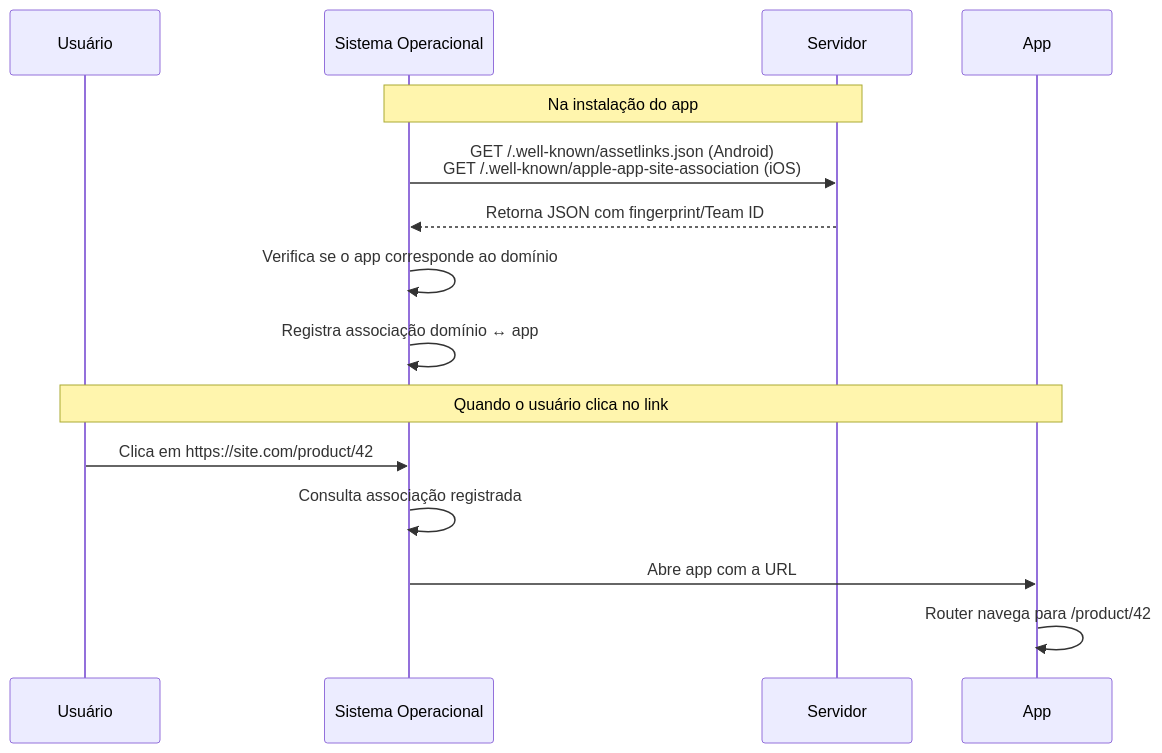
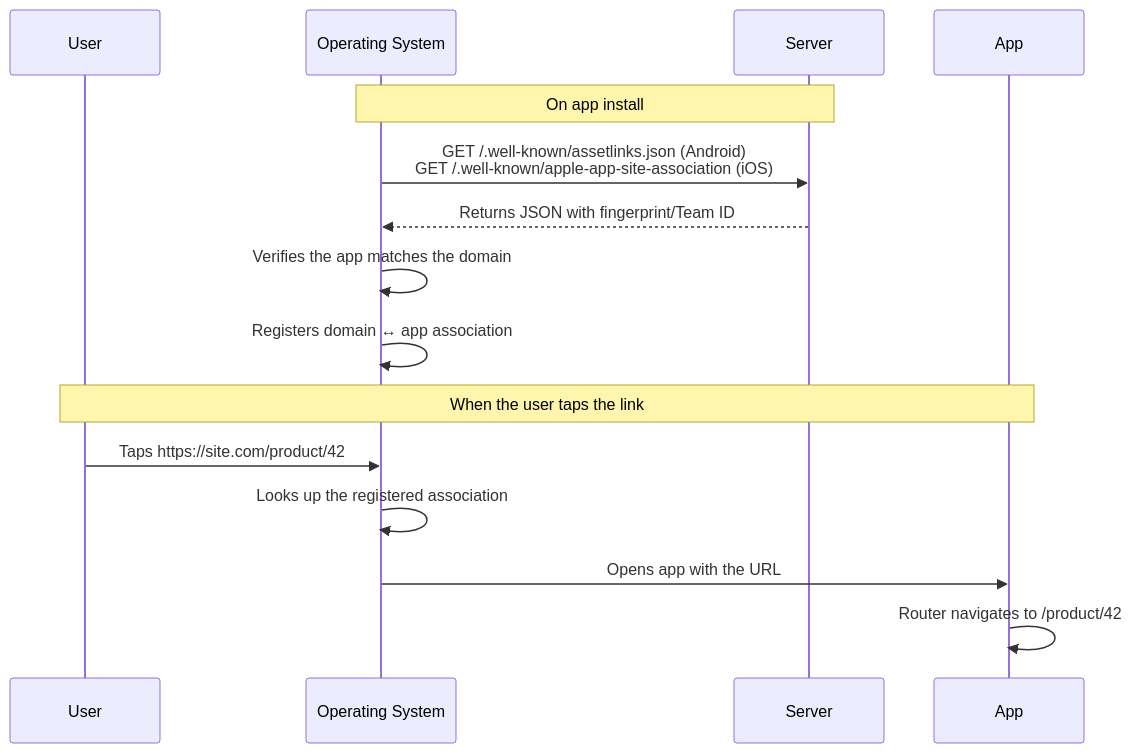
Before and after one commit to emersonpisoni/deep-linking-poc: the second of 4 diagrams in README.md, drawn with Mermaid. The commit also changed other lines of this file, not shown here.

````diff
--- a/README.md
+++ b/README.md
@@ -48,19 +42,19 @@
 ```mermaid
 sequenceDiagram
-    participant U as Usuário
-    participant SO as Sistema Operacional
-    participant S as Servidor
+    participant U as User
+    participant OS as Operating System
+    participant S as Server
     participant App as App
 
-    Note over SO,S: Na instalação do app
-    SO->>S: GET /.well-known/assetlinks.json (Android)<br/>GET /.well-known/apple-app-site-association (iOS)
-    S-->>SO: Retorna JSON com fingerprint/Team ID
-    SO->>SO: Verifica se o app corresponde ao domínio
-    SO->>SO: Registra associação domínio ↔ app
+    Note over OS,S: On app install
+    OS->>S: GET /.well-known/assetlinks.json (Android)<br/>GET /.well-known/apple-app-site-association (iOS)
+    S-->>OS: Returns JSON with fingerprint/Team ID
+    OS->>OS: Verifies the app matches the domain
+    OS->>OS: Registers domain ↔ app association
 
-    Note over U,App: Quando o usuário clica no link
-    U->>SO: Clica em https://site.com/product/42
-    SO->>SO: Consulta associação registrada
-    SO->>App: Abre app com a URL
-    App->>App: Router navega para /product/42
+    Note over U,App: When the user taps the link
+    U->>OS: Taps https://site.com/product/42
+    OS->>OS: Looks up the registered association
+    OS->>App: Opens app with the URL
+    App->>App: Router navigates to /product/42
 ```
````
